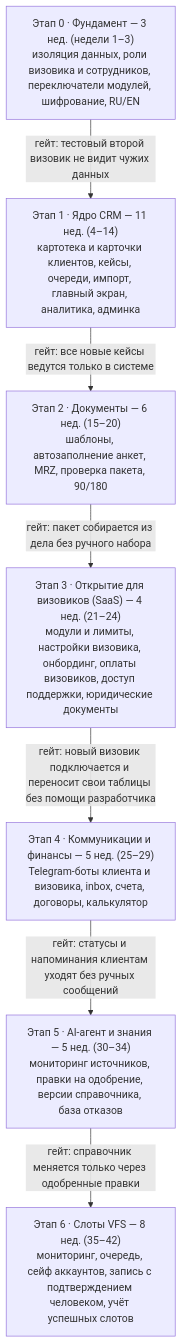
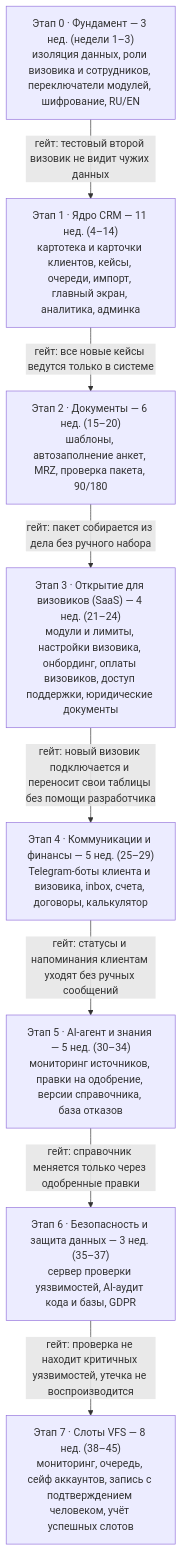
The third of 3 diagrams in docs/PRD.md (SvamiBog/visa_crm), drawn with Mermaid before and after one commit. The commit also changed other lines of this file and 4 other files, not shown here.

````diff
--- a/docs/PRD.md
+++ b/docs/PRD.md
@@ -231,16 +231,18 @@
 ```mermaid
 flowchart TB
   P0["Этап 0 · Фундамент — 3 нед. (недели 1–3)<br/>изоляция данных, роли визовика и сотрудников, переключатели модулей, шифрование, RU/EN"]
   P1["Этап 1 · Ядро CRM — 11 нед. (4–14)<br/>картотека и карточки клиентов, кейсы, очереди, импорт, главный экран, аналитика, админка"]
   P2["Этап 2 · Документы — 6 нед. (15–20)<br/>шаблоны, автозаполнение анкет, MRZ, проверка пакета, 90/180"]
   P3["Этап 3 · Открытие для визовиков (SaaS) — 4 нед. (21–24)<br/>модули и лимиты, настройки визовика, онбординг, оплаты визовиков, доступ поддержки, юридические документы"]
   P4["Этап 4 · Коммуникации и финансы — 5 нед. (25–29)<br/>Telegram-боты клиента и визовика, inbox, счета, договоры, калькулятор"]
   P5["Этап 5 · AI-агент и знания — 5 нед. (30–34)<br/>мониторинг источников, правки на одобрение, версии справочника, база отказов"]
-  P6["Этап 6 · Слоты VFS — 8 нед. (35–42)<br/>мониторинг, очередь, сейф аккаунтов, запись с подтверждением человеком, учёт успешных слотов"]
+  P6["Этап 6 · Безопасность и защита данных — 3 нед. (35–37)<br/>сервер проверки уязвимостей, AI-аудит кода и базы, GDPR"]
+  P7["Этап 7 · Слоты VFS — 8 нед. (38–45)<br/>мониторинг, очередь, сейф аккаунтов, запись с подтверждением человеком, учёт успешных слотов"]
   P0 -->|"гейт: тестовый второй визовик не видит чужих данных"| P1
   P1 -->|"гейт: все новые кейсы ведутся только в системе"| P2
   P2 -->|"гейт: пакет собирается из дела без ручного набора"| P3
   P3 -->|"гейт: новый визовик подключается и переносит свои таблицы без помощи разработчика"| P4
   P4 -->|"гейт: статусы и напоминания клиентам уходят без ручных сообщений"| P5
   P5 -->|"гейт: справочник меняется только через одобренные правки"| P6
+  P6 -->|"гейт: проверка не находит критичных уязвимостей, утечка не воспроизводится"| P7
 ```
````
